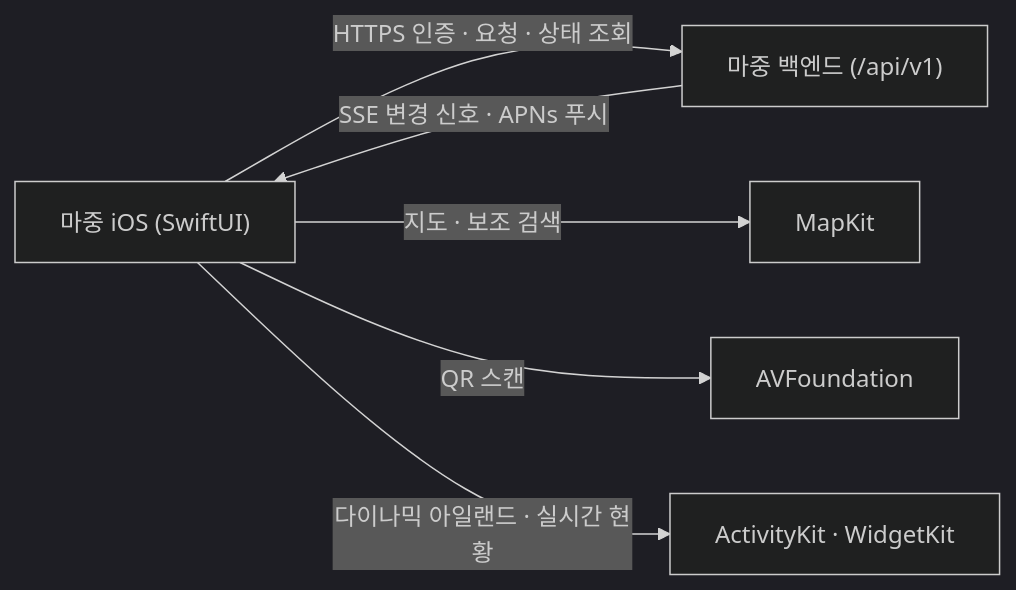
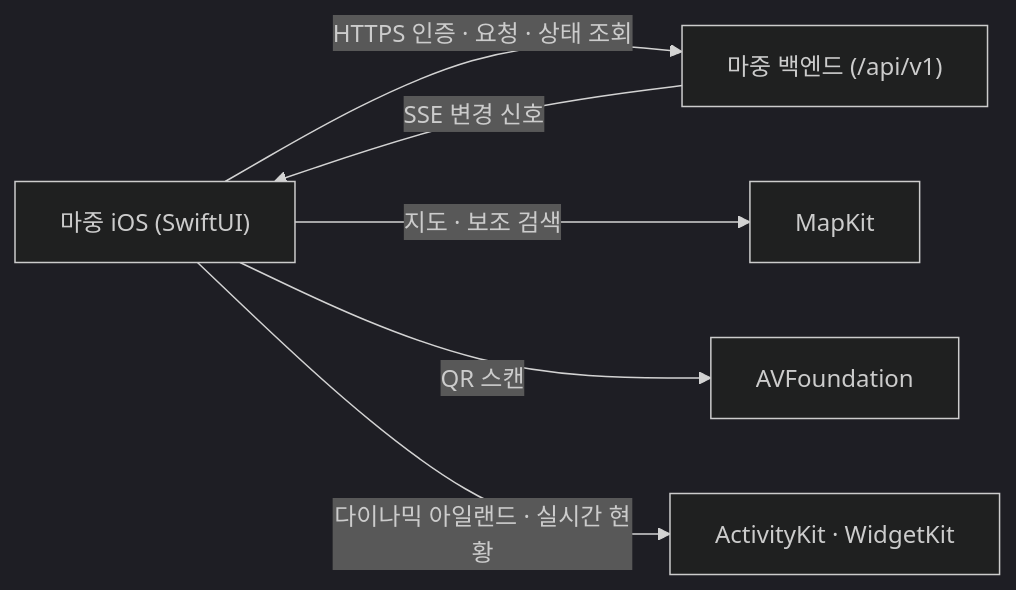
Before and after one commit to majung-team/majung-ios: the diagram in README.md, drawn with Mermaid (dark theme). The commit also changed other lines of this file and 10 other files, not shown here.

````diff
--- a/README.md
+++ b/README.md
@@ -39,8 +39,8 @@
 ```mermaid
 flowchart LR
     iOS["마중 iOS (SwiftUI)"] -->|"HTTPS 인증 · 요청 · 상태 조회"| API["마중 백엔드 (/api/v1)"]
-    API -->|"SSE 변경 신호 · APNs 푸시"| iOS
+    API -->|"SSE 변경 신호"| iOS
     iOS -->|"지도 · 보조 검색"| Map["MapKit"]
     iOS -->|"QR 스캔"| Cam["AVFoundation"]
     iOS -->|"다이나믹 아일랜드 · 실시간 현황"| Live["ActivityKit · WidgetKit"]
 ```
````
